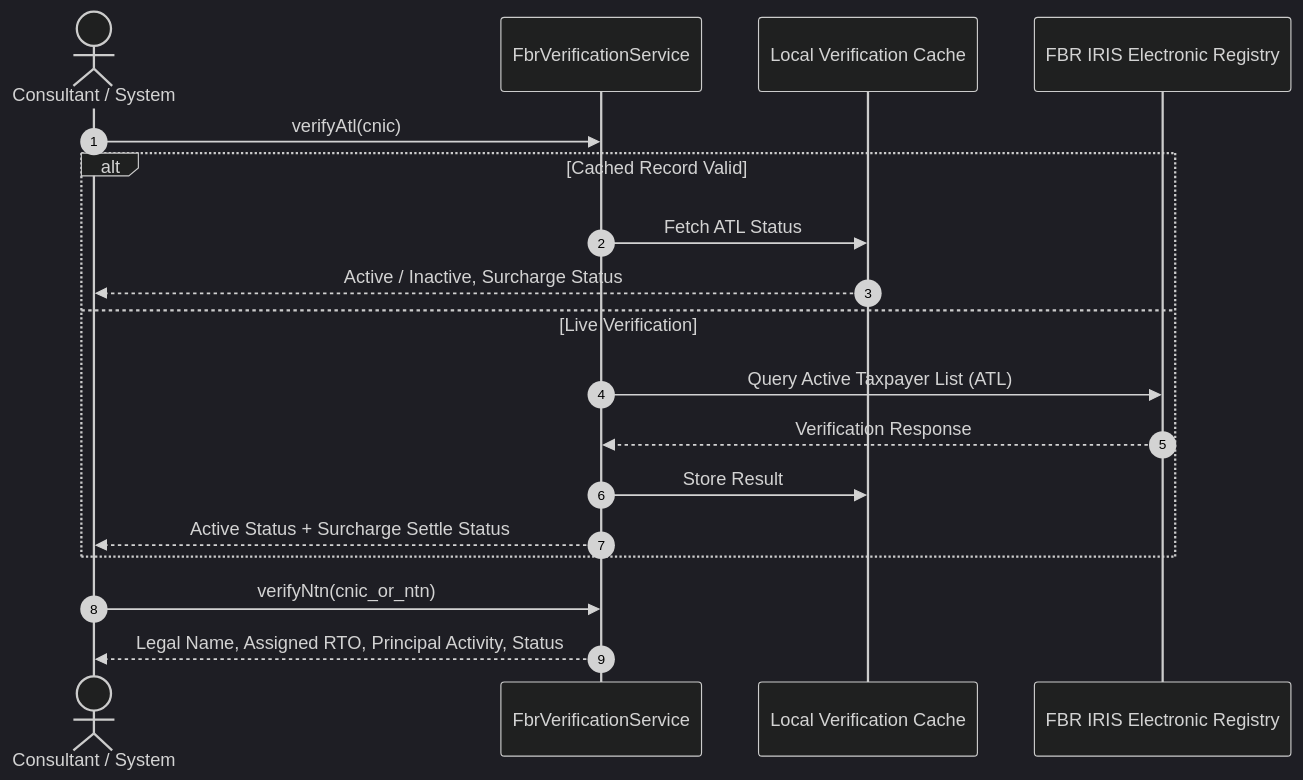
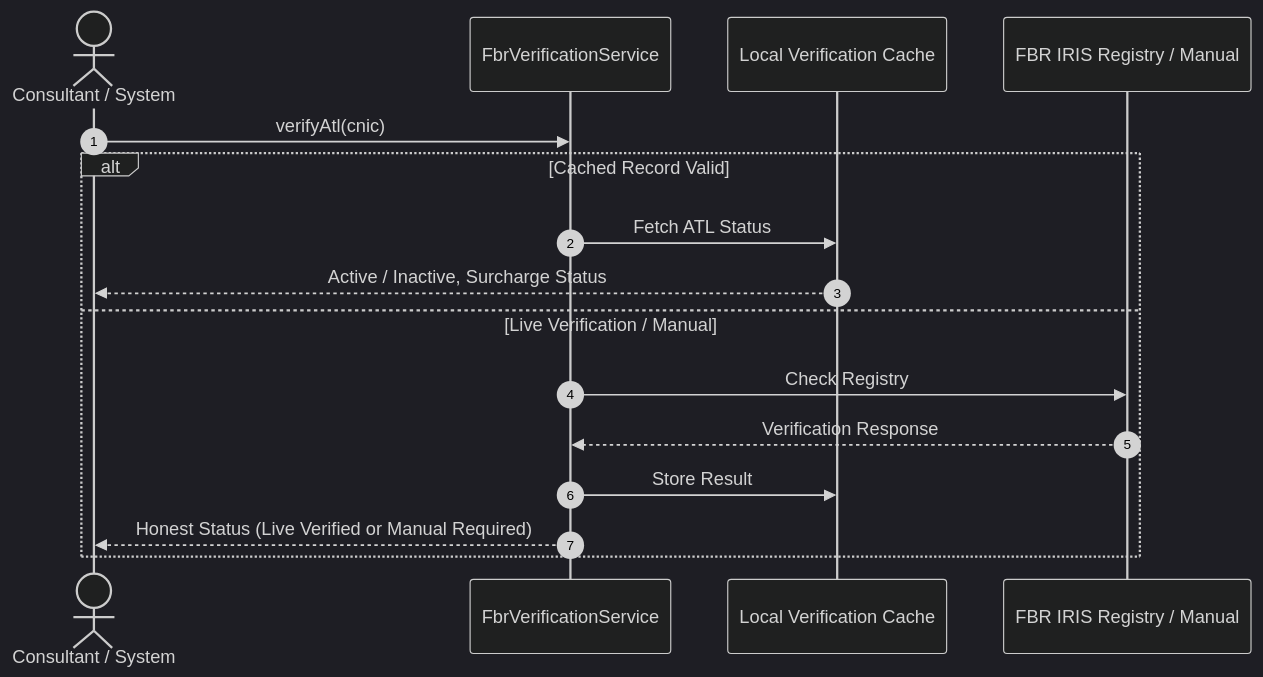
One commit to mouz313/Taxflilling changed the eighth of 9 diagrams in APPLICATION_FLOW.md. Above: the diagram before and after it, drawn with Mermaid (dark theme). The commit also changed other lines of this file and 14 other files, not shown here.

````diff
--- a/APPLICATION_FLOW.md
+++ b/APPLICATION_FLOW.md
@@ -313,22 +360,19 @@
 ```mermaid
 sequenceDiagram
     autonumber
     actor Staff as Consultant / System
     participant Bridge as FbrVerificationService
     participant Cache as Local Verification Cache
-    participant IRIS as FBR IRIS Electronic Registry
+    participant IRIS as FBR IRIS Registry / Manual
 
     Staff->>Bridge: verifyAtl(cnic)
     alt Cached Record Valid
         Bridge->>Cache: Fetch ATL Status
         Cache-->>Staff: Active / Inactive, Surcharge Status
-    else Live Verification
-        Bridge->>IRIS: Query Active Taxpayer List (ATL)
+    else Live Verification / Manual
+        Bridge->>IRIS: Check Registry
         IRIS-->>Bridge: Verification Response
         Bridge->>Cache: Store Result
-        Bridge-->>Staff: Active Status + Surcharge Settle Status
+        Bridge-->>Staff: Honest Status (Live Verified or Manual Required)
     end
-
-    Staff->>Bridge: verifyNtn(cnic_or_ntn)
-    Bridge-->>Staff: Legal Name, Assigned RTO, Principal Activity, Status
 ```
````
